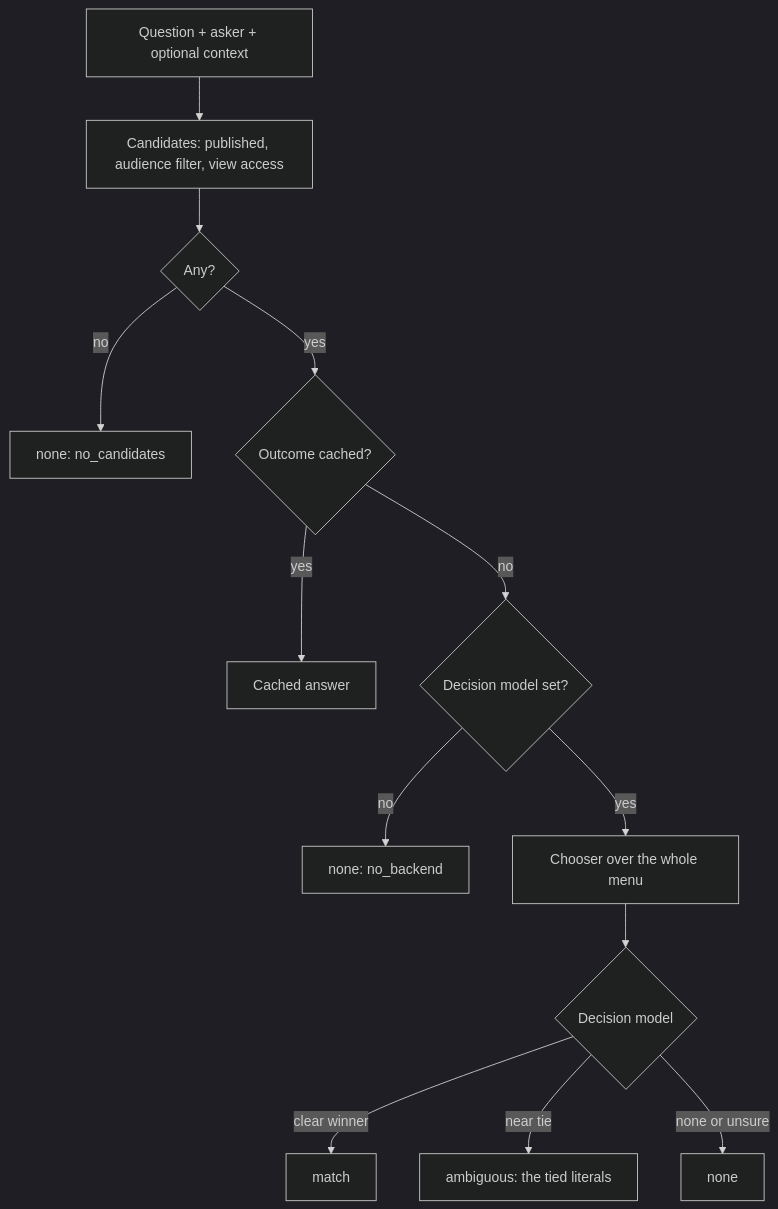
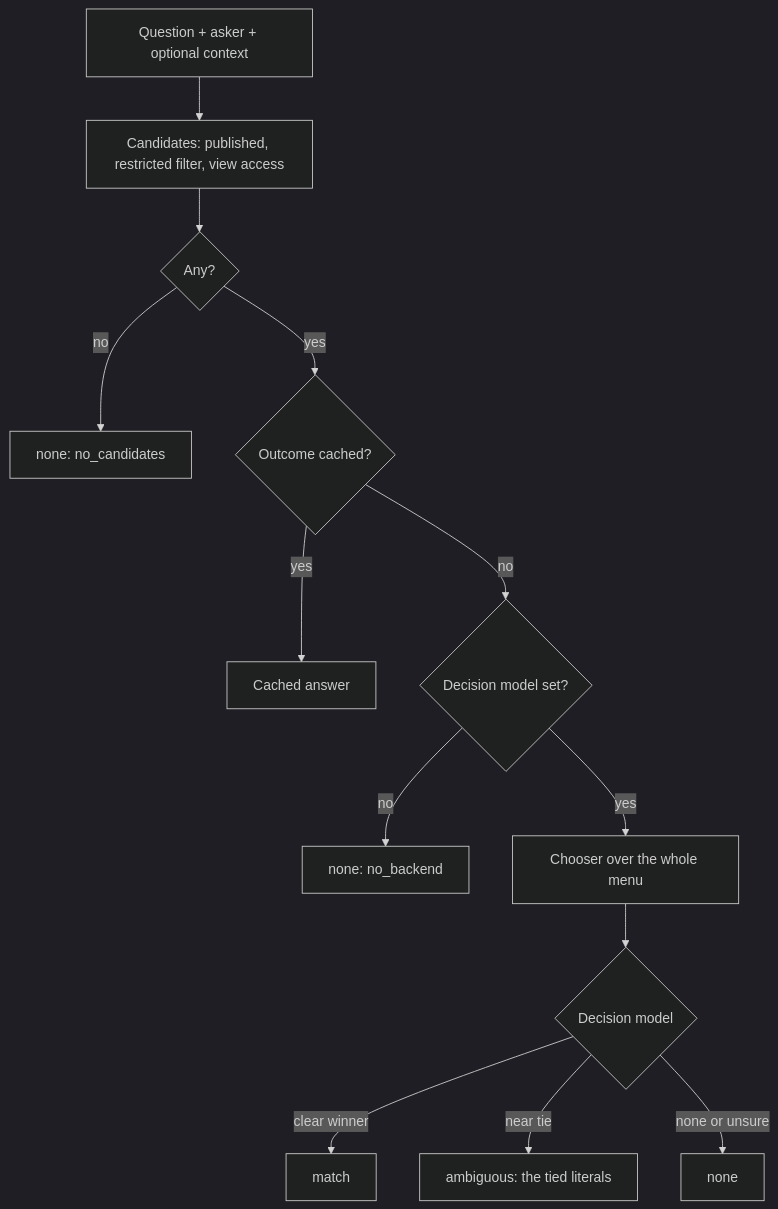
Before and after one commit to NikLP/literals: the diagram in adr/how-it-works.md, drawn with Mermaid (dark theme). The commit also changed other lines of this file and 10 other files, not shown here.

````diff
--- a/adr/how-it-works.md
+++ b/adr/how-it-works.md
@@ -69,15 +69,15 @@
 ```mermaid
 flowchart TD
-  Q[Question + asker + optional context] --> C[Candidates: published, audience filter, view access]
+  Q[Question + asker + optional context] --> C[Candidates: published, restricted filter, view access]
   C --> N{Any?}
   N -- no --> NONE1[none: no_candidates]
   N -- yes --> OC{Outcome cached?}
   OC -- yes --> R1[Cached answer]
   OC -- no --> D0{Decision model set?}
   D0 -- no --> NONE0[none: no_backend]
   D0 -- yes --> CH[Chooser over the whole menu]
   CH --> D{Decision model}
   D -- "clear winner" --> M3[match]
   D -- "near tie" --> AMB[ambiguous: the tied literals]
   D -- "none or unsure" --> NONE3[none]
 ```
````
